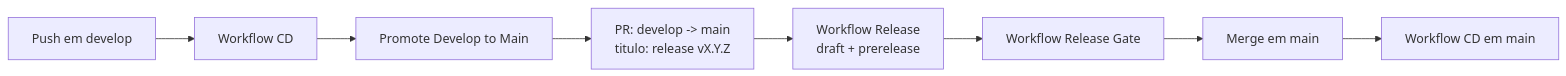
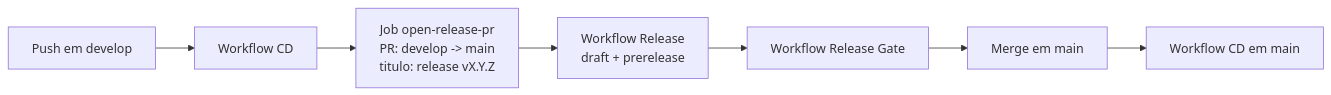
The fourth of 6 diagrams in README.md (PauloGuedes2/passos-magicos-datathon), drawn with Mermaid before and after one commit. The commit also changed other lines of this file and 2 other files, not shown here.

````diff
--- a/README.md
+++ b/README.md
@@ -315,10 +315,9 @@
 ```mermaid
 flowchart LR
     D[Push em develop] --> CD[Workflow CD]
-    CD --> P[Promote Develop to Main]
-    P --> PR[PR: develop -> main<br/>titulo: release vX.Y.Z]
+    CD --> PR[Job open-release-pr<br/>PR: develop -> main<br/>titulo: release vX.Y.Z]
     PR --> REL[Workflow Release<br/>draft + prerelease]
     REL --> GATE[Workflow Release Gate]
     GATE --> M[Merge em main]
     M --> CDM[Workflow CD em main]
 ```
````
